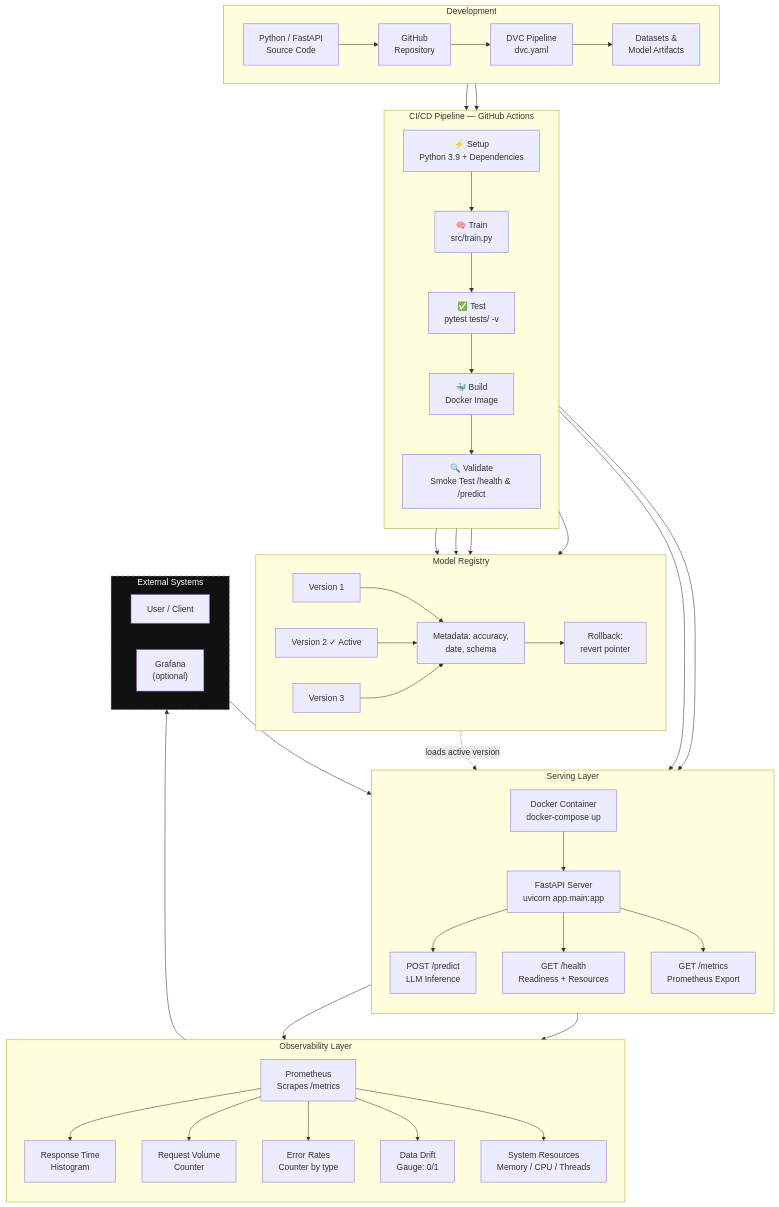
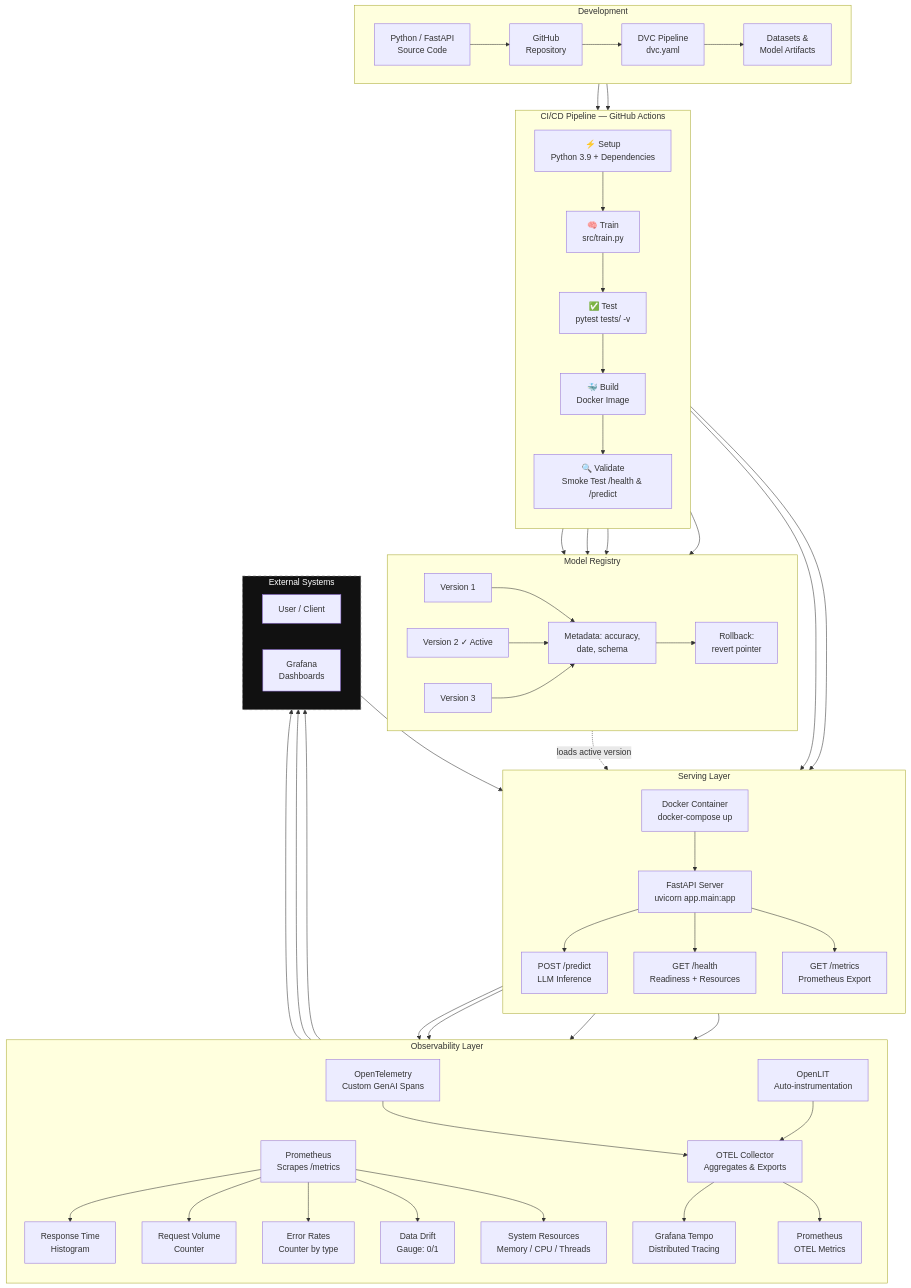
One commit to tukue/mlops-model-ci-cd changed the first of 2 diagrams in docs/architecture.md. Above: the diagram before and after it, drawn with Mermaid. The commit also changed other lines of this file and 12 other files, not shown here.

First line of the commit message:
Add LLM observability with OpenTelemetry, OpenLIT, and Grafana stack

```diff
--- a/docs/architecture.md
+++ b/docs/architecture.md
@@ -59,13 +59,23 @@
         PROM --> ERRORS["Error Rates<br/>Counter by type"]
         PROM --> DRIFT["Data Drift<br/>Gauge: 0/1"]
         PROM --> RESOURCE["System Resources<br/>Memory / CPU / Threads"]
+
+        PREDICT --> OTEL["OpenTelemetry<br/>Custom GenAI Spans"]
+        OTEL --> COLLECTOR["OTEL Collector<br/>Aggregates & Exports"]
+        COLLECTOR --> TEMPO["Grafana Tempo<br/>Distributed Tracing"]
+        COLLECTOR --> PROM2["Prometheus<br/>OTEL Metrics"]
+
+        PREDICT --> OPENLIT["OpenLIT<br/>Auto-instrumentation"]
+        OPENLIT --> COLLECTOR
     end
     class OBSERVE obs
 
     subgraph EXTERNAL["External Systems"]
         direction LR
         USER["User / Client"] --> API
-        PROM --> GRAFANA["Grafana<br/>(optional)"]
+        PROM --> GRAFANA["Grafana<br/>Dashboards"]
+        TEMPO --> GRAFANA
+        PROM2 --> GRAFANA
     end
     class EXTERNAL ext
 
```
